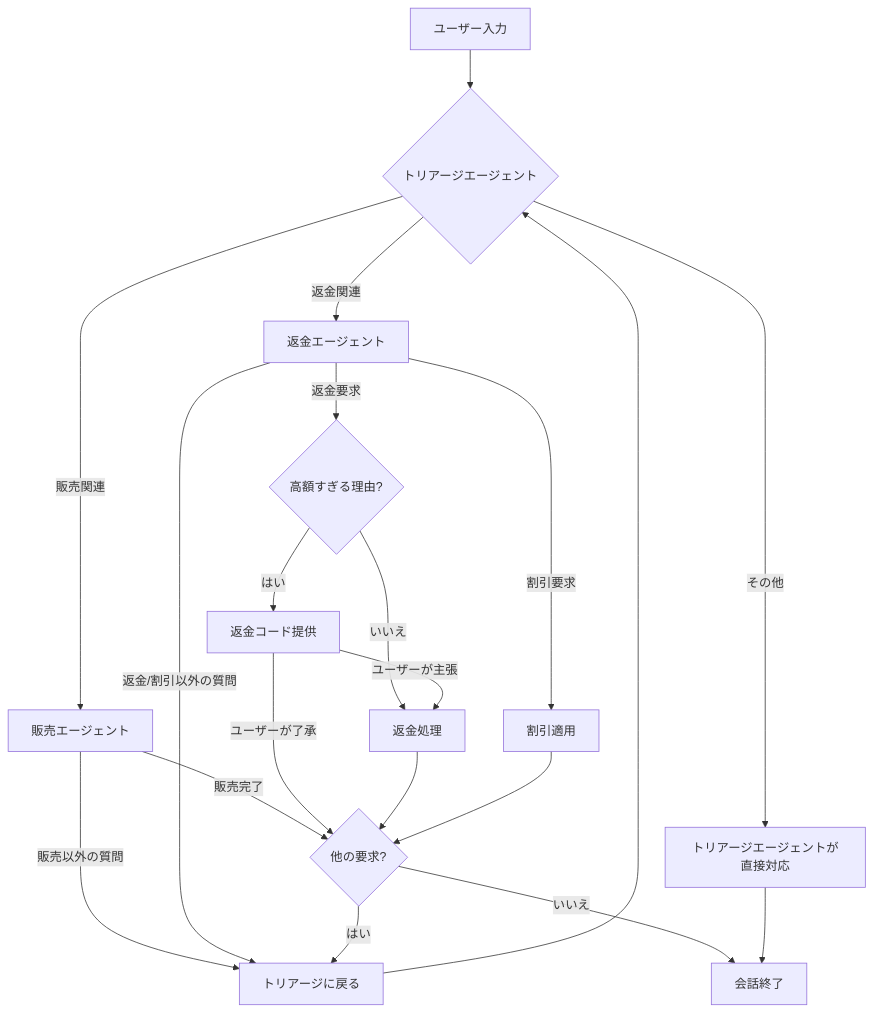
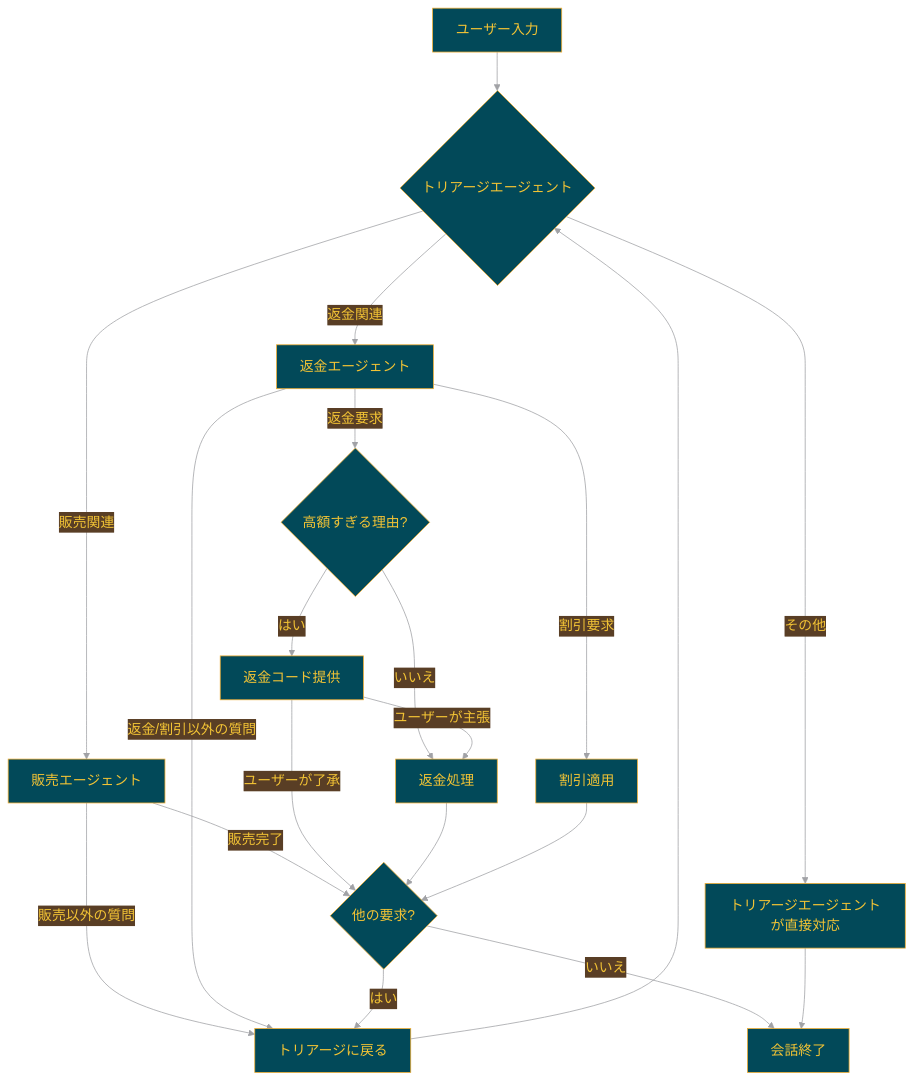
One commit to Sunwood-ai-labs/swarm-sample-box changed the diagram in examples/triage_agent/README.md. Above: the diagram before and after it, drawn with Mermaid.

Commit message:
✨ chore: Mermaidチャートのテーマ設定を追加
- README.mdファイル内のMermaidチャートにテーマ設定を追加しました。
- 具体的には、`init`オプションを利用して、primaryColor、primaryTextColorなど、チャートの色やフォントサイズをカスタマイズしました。
- これにより、チャートの見栄えが向上し、より視認性が良くなりました。
- 使用したテーマは「base」をベースに、主要な色を調整したものです。
- 変更により、トリアージエージェントのワークフロー図がより見やすくなりました。

````diff
--- a/examples/triage_agent/README.md
+++ b/examples/triage_agent/README.md
@@ -17,27 +17,30 @@
 ```mermaid
+%%{init:{'theme':'base','themeVariables':{'primaryColor':'#024959','primaryTextColor':'#F2C335','primaryBorderColor':'#F2AE30','lineColor':'#A1A2A6','secondaryColor':'#593E25','tertiaryColor':'#F2C335','noteTextColor':'#024959','noteBkgColor':'#F2C335','textColor':'#024959','fontSize':'18px'}}}%%
+
+
 graph TD
     A[ユーザー入力] --> B{トリアージエージェント}
     B -->|販売関連| C[販売エージェント]
     B -->|返金関連| D[返金エージェント]
     B -->|その他| E[トリアージエージェントが直接対応]
     
     C -->|販売完了| F{他の要求?}
     C -->|販売以外の質問| G[トリアージに戻る]
     
     D -->|返金要求| H{高額すぎる理由?}
     H -->|はい| I[返金コード提供]
     H -->|いいえ| J[返金処理]
     D -->|割引要求| K[割引適用]
     D -->|返金/割引以外の質問| G
     
     I -->|ユーザーが主張| J
     I -->|ユーザーが了承| F
     J --> F
     K --> F
     
     F -->|はい| G
     F -->|いいえ| L[会話終了]
     
     E --> L
     G --> B
 ```
````
